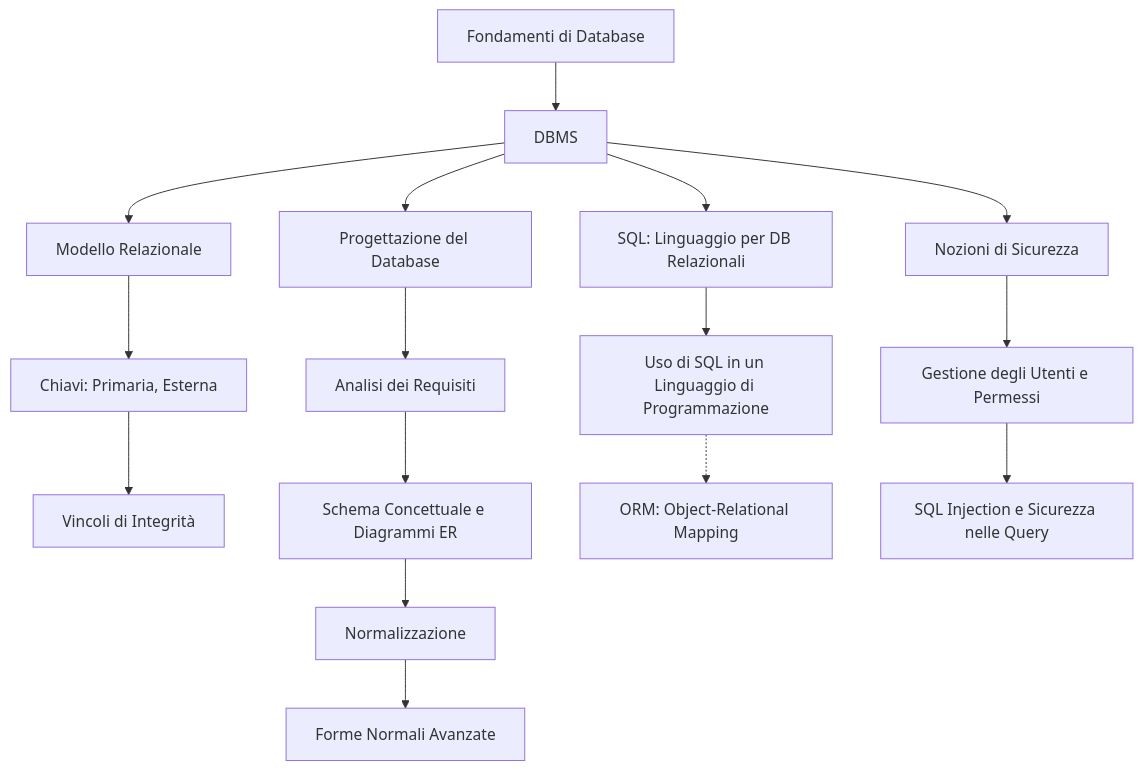
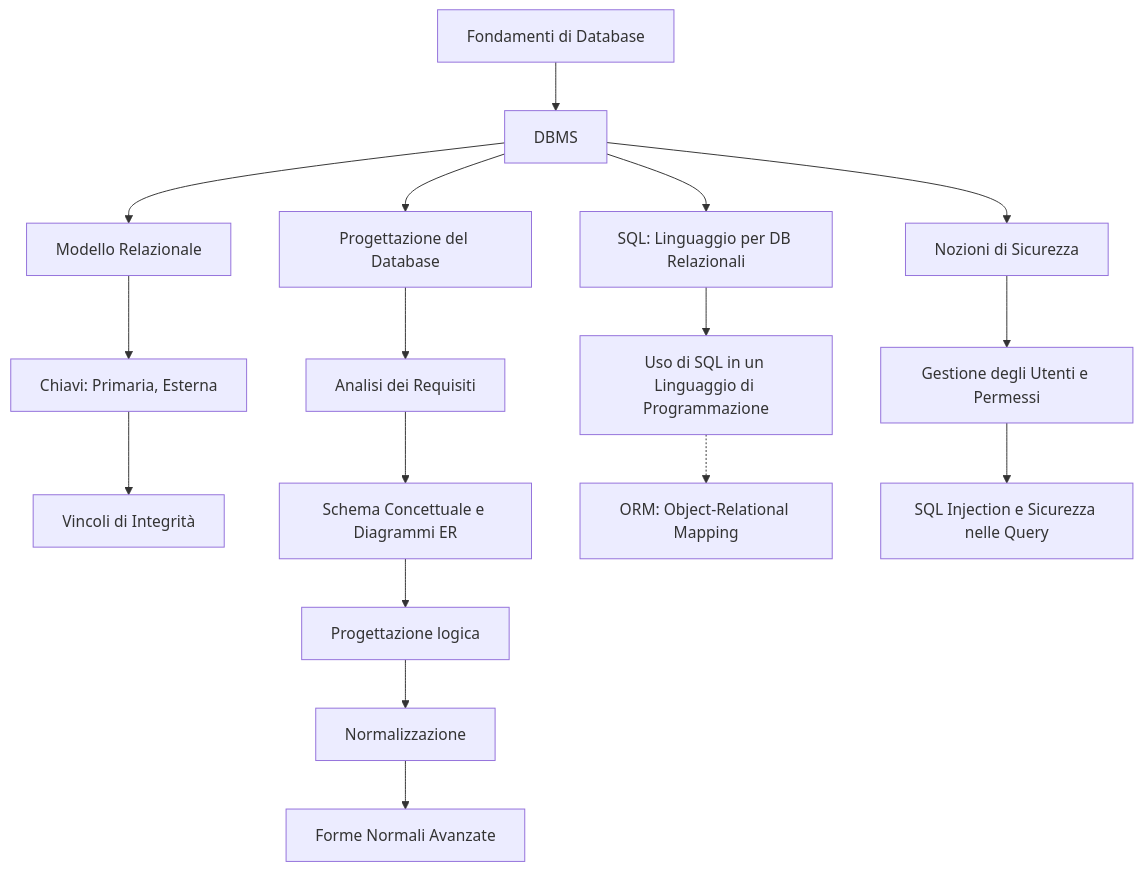
One commit to angelogalantiscuola/IT changed the diagram in db/_percorso_db.md. Above: the diagram before and after it, drawn with Mermaid. The commit also changed 3 other files, not shown here.

````diff
--- a/db/_percorso_db.md
+++ b/db/_percorso_db.md
@@ -3,22 +3,23 @@
 ```mermaid
 graph TD
     A[Fondamenti di Database]
     A --> B[DBMS]
     B --> C[Modello Relazionale]
     C --> D[Chiavi: Primaria, Esterna]
     D --> M[Vincoli di Integrità]
 
     B --> E[Progettazione del Database]
     E --> X[Analisi dei Requisiti]
     X --> F[Schema Concettuale e Diagrammi ER]
-    F --> G[Normalizzazione]
+    F --> Z[Progettazione logica]
+    Z --> G[Normalizzazione]
     G --> H[Forme Normali Avanzate]
 
     B --> J[SQL: Linguaggio per DB Relazionali]
     J --> Y[Uso di SQL in un Linguaggio di Programmazione]
     Y -.-> W[ORM: Object-Relational Mapping]
 
     B --> T[Nozioni di Sicurezza]
     T --> U[Gestione degli Utenti e Permessi]
     U --> V[SQL Injection e Sicurezza nelle Query]
 ```
````
